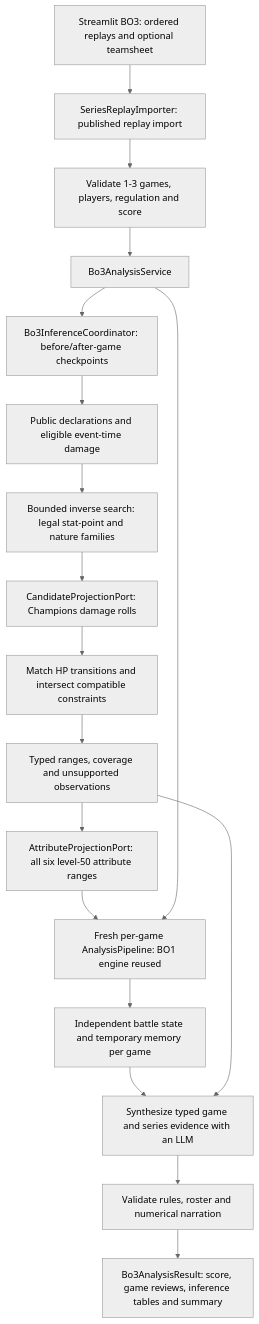
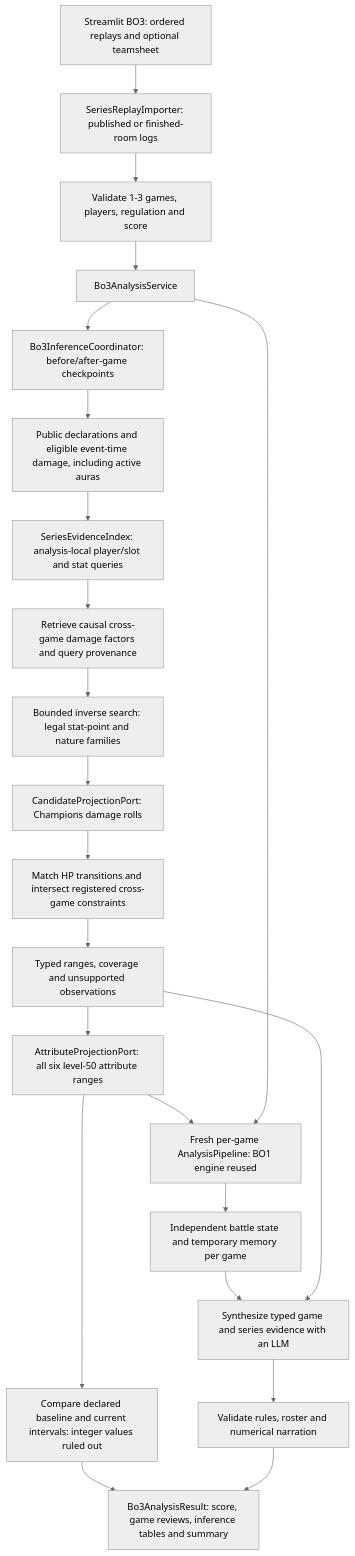
Before and after one commit to Huarada/professor-VGC: the diagram in docs/diagrams/bo3-architecture.mmd, drawn with Mermaid (neutral theme). The commit also changed 86 other files, not shown here.

```diff
--- a/docs/diagrams/bo3-architecture.mmd
+++ b/docs/diagrams/bo3-architecture.mmd
@@ -1,18 +1,22 @@
 flowchart TD
-    input["Streamlit BO3: ordered replays and optional teamsheet"] --> importer["SeriesReplayImporter: published replay import"]
+    input["Streamlit BO3: ordered replays and optional teamsheet"] --> importer["SeriesReplayImporter: published or finished-room logs"]
     importer --> validate["Validate 1-3 games, players, regulation and score"]
     validate --> service["Bo3AnalysisService"]
     service --> inverse["Bo3InferenceCoordinator: before/after-game checkpoints"]
-    inverse --> facts["Public declarations and eligible event-time damage"]
-    facts --> solve["Bounded inverse search: legal stat-point and nature families"]
+    inverse --> facts["Public declarations and eligible event-time damage, including active auras"]
+    facts --> index["SeriesEvidenceIndex: analysis-local player/slot and stat queries"]
+    index --> factors["Retrieve causal cross-game damage factors and query provenance"]
+    factors --> solve["Bounded inverse search: legal stat-point and nature families"]
     solve --> candidate["CandidateProjectionPort: Champions damage rolls"]
-    candidate --> match["Match HP transitions and intersect compatible constraints"]
+    candidate --> match["Match HP transitions and intersect registered cross-game constraints"]
     match --> inferred["Typed ranges, coverage and unsupported observations"]
     inferred --> attributes["AttributeProjectionPort: all six level-50 attribute ranges"]
+    attributes --> reduction["Compare declared baseline and current intervals: integer values ruled out"]
+    reduction --> result
     attributes --> reviews["Fresh per-game AnalysisPipeline: BO1 engine reused"]
     service --> reviews
     reviews --> isolated["Independent battle state and temporary memory per game"]
     isolated --> synthesis["Synthesize typed game and series evidence with an LLM"]
     inferred --> synthesis
     synthesis --> guard["Validate rules, roster and numerical narration"]
     guard --> result["Bo3AnalysisResult: score, game reviews, inference tables and summary"]
```
